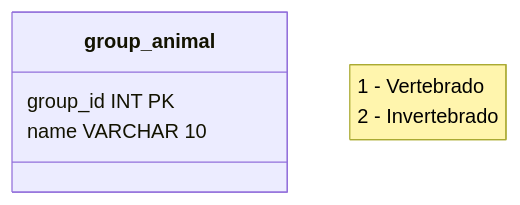
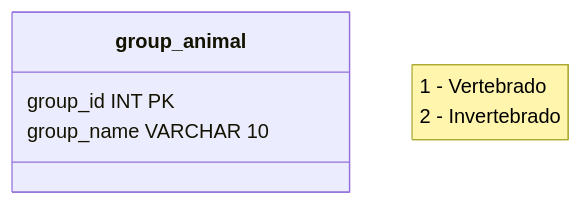
The sixth of 6 diagrams in sql-zoologico/zoologico.md (WerbssonSaymon/bancos-de-dados), drawn with Mermaid before and after one commit. The commit also changed 1 other file, not shown here.

Commit message:
edição de tabela e inserção de dados

````diff
--- a/sql-zoologico/zoologico.md
+++ b/sql-zoologico/zoologico.md
@@ -101,10 +101,10 @@
 ```mermaid
 
 classDiagram
     class group_animal
     note  "1 - Vertebrado
            2 - Invertebrado"
     group_animal : group_id INT PK
-    group_animal : name VARCHAR 10
+    group_animal : group_name VARCHAR 10
 
 ```
````
